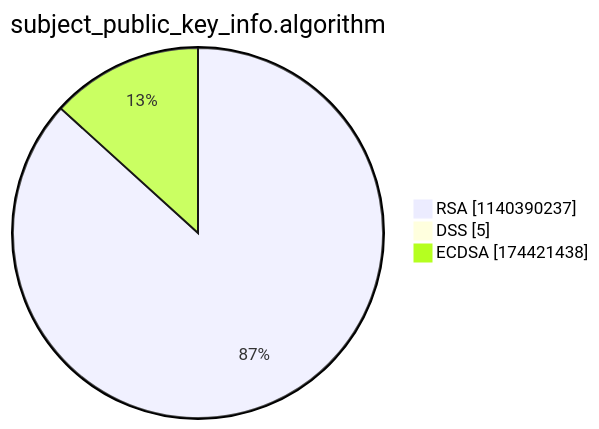
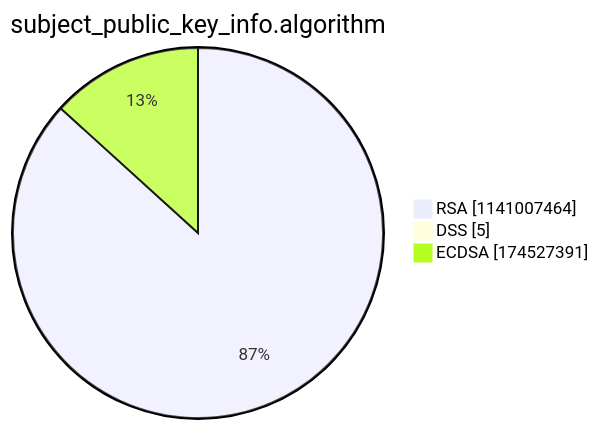
Before and after one commit to christiankrug/ctmonitor_visualization: the third of 15 diagrams in argon2022/README.md, drawn with Mermaid. The commit also changed other lines of this file, not shown here.

````diff
--- a/argon2022/README.md
+++ b/argon2022/README.md
@@ -14,7 +14,7 @@
 ```mermaid
 pie showData
 title subject_public_key_info.algorithm
-"RSA" :1140390237
+"RSA" :1141007464
 "DSS" :5
-"ECDSA" :174421438
+"ECDSA" :174527391
 ```
````
